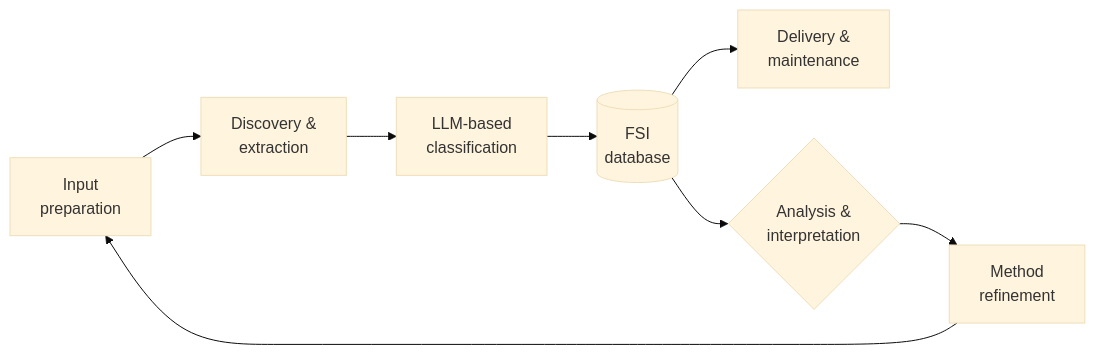
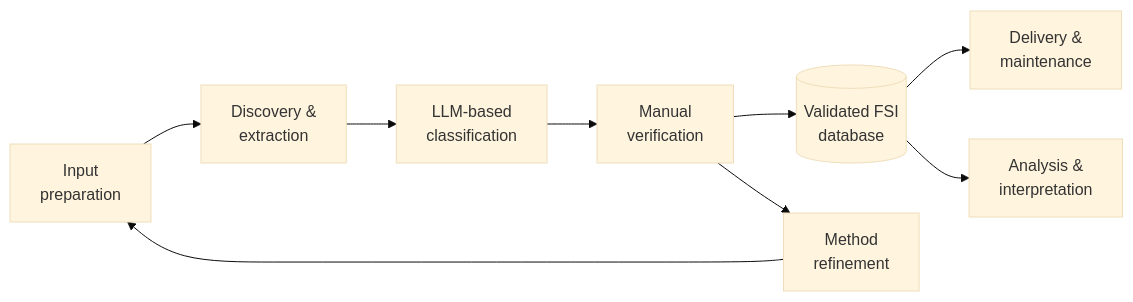
Before and after one commit to HCHODUBLIN/cultivate-mapping-pipeline: the first of 9 diagrams in ARCHITECTURE.md, drawn with Mermaid (base theme). The commit also changed other lines of this file and 19 other files, not shown here.

Commit message:
Clean Snowflake flow docs and add BI/Streamlit support

````diff
--- a/ARCHITECTURE.md
+++ b/ARCHITECTURE.md
@@ -12,12 +12,16 @@
 ```mermaid
 flowchart LR
   A[Input <br/>preparation]
     --> B[Discovery & <br/>extraction]
     --> C[LLM-based <br/>classification]
-    --> E[(FSI <br/>database)]
+    --> D[Manual <br/>verification]
+    --> E[(Validated FSI <br/>database)]
 
+  %% use of outputs
   E --> F[Delivery & <br/>maintenance]
-  E --> G{Analysis & <br/>interpretation}
-  G --> H[Method <br/>refinement]
+  E --> G[Analysis & <br/>interpretation]
+
+  %% learning loop
+  D --> H[Method <br/>refinement]
   H --> A
 ```
````
